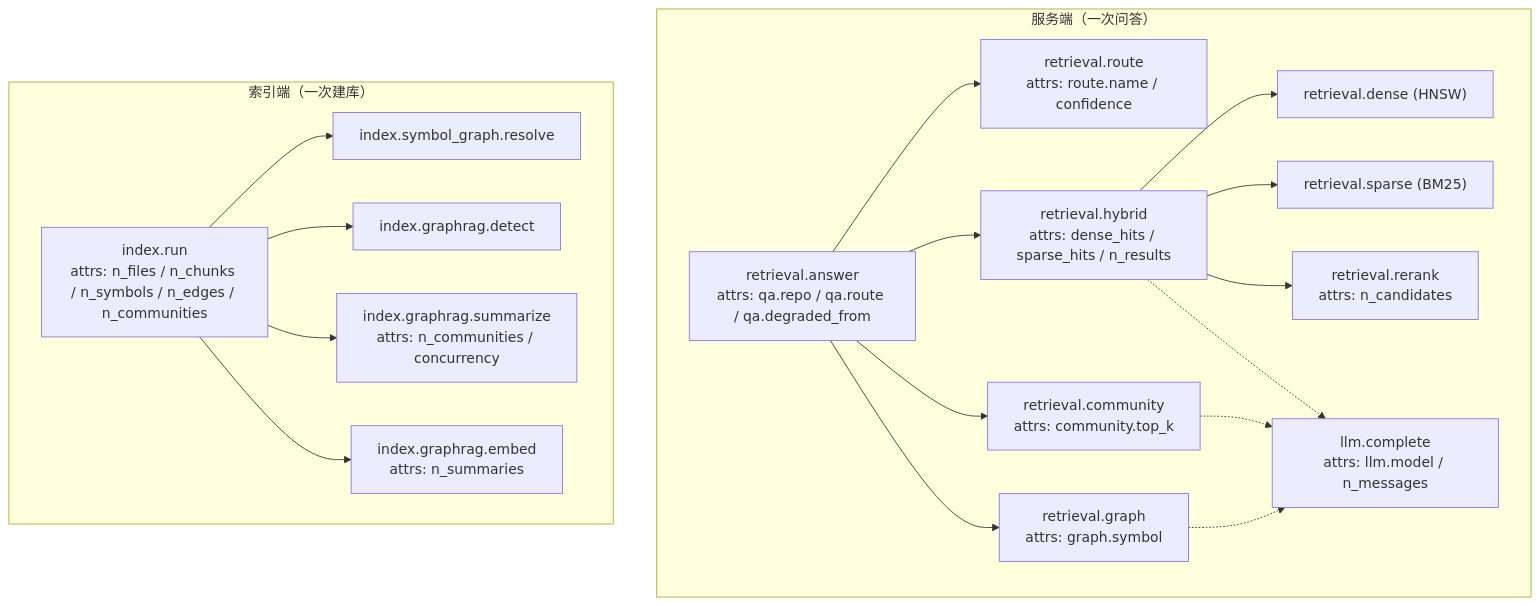
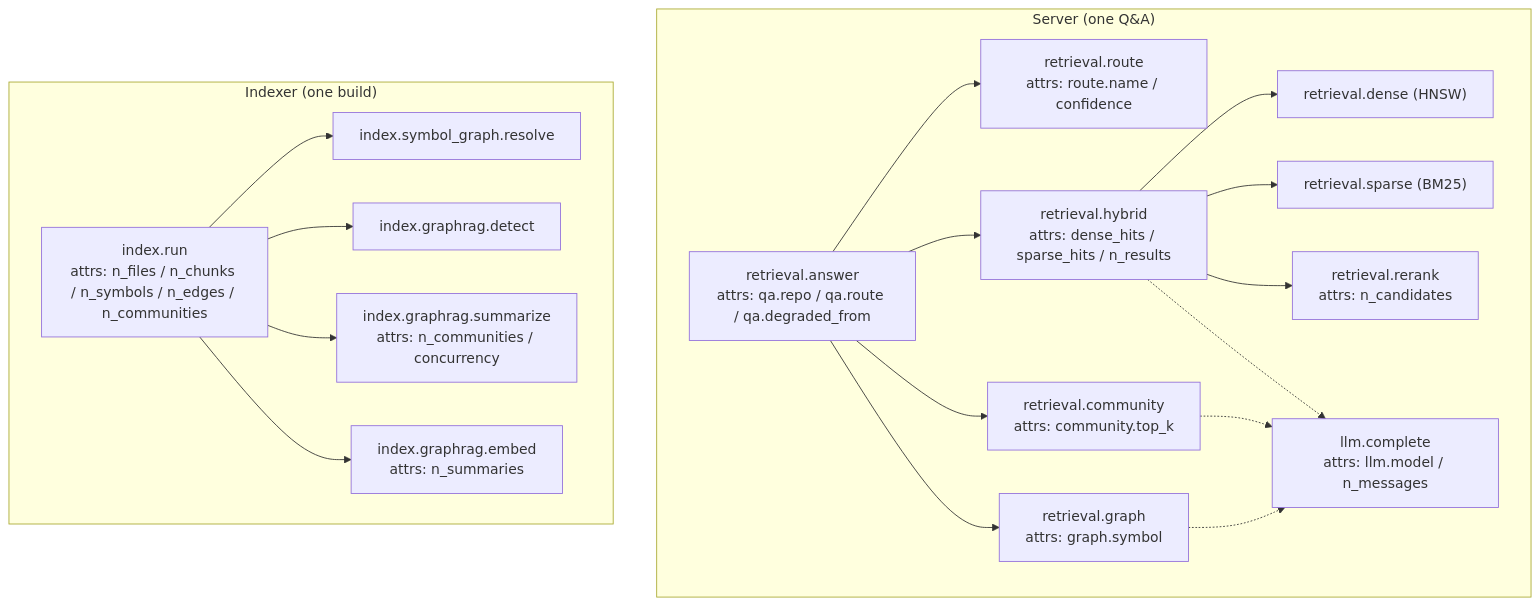
One commit to AndyUneducated/repo-sage changed the first of 2 diagrams in docs/plans/phase-5-hardening.md. Above: the diagram before and after it, drawn with Mermaid. The commit also changed other lines of this file and 14 other files, not shown here.

````diff
--- a/docs/plans/phase-5-hardening.md
+++ b/docs/plans/phase-5-hardening.md
@@ -110,21 +110,21 @@
 ```mermaid
 flowchart TB
-  subgraph Serve["服务端（一次问答）"]
+  subgraph Serve["Server (one Q&A)"]
     A["retrieval.answer<br/>attrs: qa.repo / qa.route / qa.degraded_from"] --> R["retrieval.route<br/>attrs: route.name / confidence"]
     A --> G["retrieval.graph<br/>attrs: graph.symbol"]
     A --> C["retrieval.community<br/>attrs: community.top_k"]
     A --> H["retrieval.hybrid<br/>attrs: dense_hits / sparse_hits / n_results"]
     H --> D["retrieval.dense (HNSW)"]
     H --> S["retrieval.sparse (BM25)"]
     H --> RR["retrieval.rerank<br/>attrs: n_candidates"]
     G -.-> L["llm.complete<br/>attrs: llm.model / n_messages"]
     C -.-> L
     H -.-> L
   end
-  subgraph Index["索引端（一次建库）"]
+  subgraph Index["Indexer (one build)"]
     I["index.run<br/>attrs: n_files / n_chunks / n_symbols / n_edges / n_communities"] --> IR["index.symbol_graph.resolve"]
     I --> ID["index.graphrag.detect"]
     I --> IS["index.graphrag.summarize<br/>attrs: n_communities / concurrency"]
     I --> IE["index.graphrag.embed<br/>attrs: n_summaries"]
   end
 ```
````
